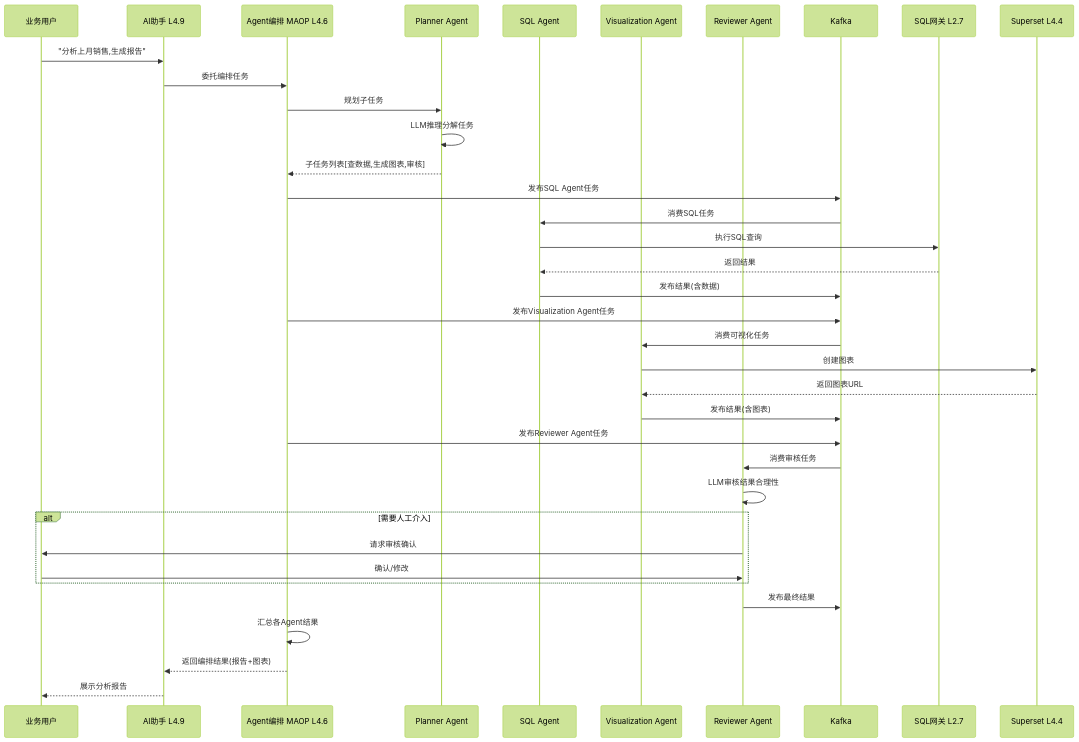
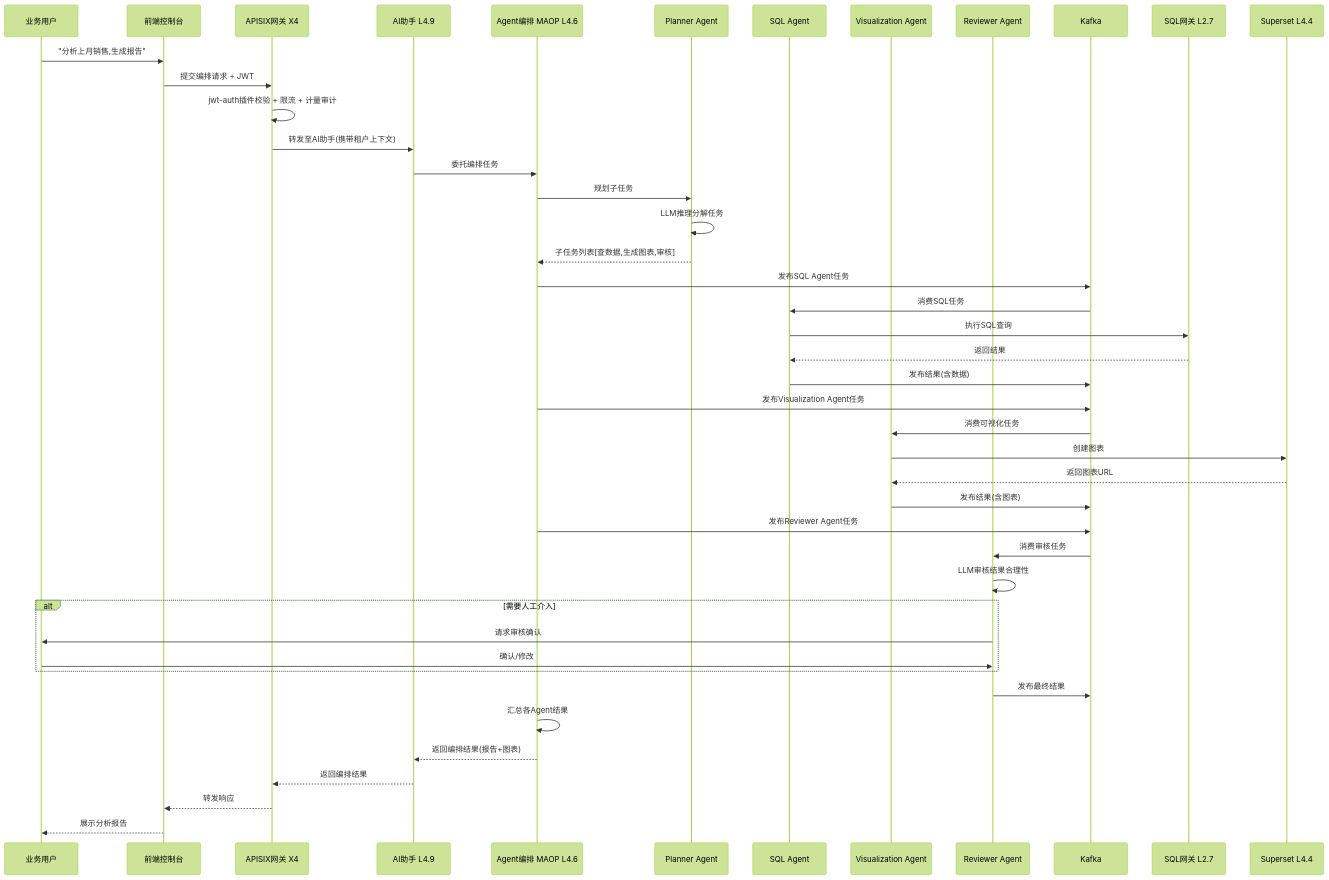
One commit to Levango7/DataEngineBDP changed the sixth of 9 diagrams in design/v2.0/V2.0_架构设计文档.md. Above: the diagram before and after it, drawn with Mermaid (forest theme). The commit also changed other lines of this file and 6 other files, not shown here.

````diff
--- a/design/v2.0/V2.0_架构设计文档.md
+++ b/design/v2.0/V2.0_架构设计文档.md
@@ -822,40 +883,47 @@
 ```mermaid
 sequenceDiagram
     participant U as 业务用户
+    participant F as 前端控制台
+    participant G as APISIX网关 X4
     participant AS as AI助手 L4.9
     participant MA as Agent编排 MAOP L4.6
     participant P as Planner Agent
     participant S as SQL Agent
     participant V as Visualization Agent
     participant R as Reviewer Agent
     participant K as Kafka
     participant SG as SQL网关 L2.7
     participant SP as Superset L4.4
 
-    U->>AS: "分析上月销售,生成报告"
+    U->>F: "分析上月销售,生成报告"
+    F->>G: 提交编排请求 + JWT
+    G->>G: jwt-auth插件校验 + 限流 + 计量审计
+    G->>AS: 转发至AI助手(携带租户上下文)
     AS->>MA: 委托编排任务
     MA->>P: 规划子任务
     P->>P: LLM推理分解任务
     P-->>MA: 子任务列表[查数据,生成图表,审核]
     MA->>K: 发布SQL Agent任务
     K->>S: 消费SQL任务
     S->>SG: 执行SQL查询
     SG-->>S: 返回结果
     S->>K: 发布结果(含数据)
     MA->>K: 发布Visualization Agent任务
     K->>V: 消费可视化任务
     V->>SP: 创建图表
     SP-->>V: 返回图表URL
     V->>K: 发布结果(含图表)
     MA->>K: 发布Reviewer Agent任务
     K->>R: 消费审核任务
     R->>R: LLM审核结果合理性
     alt 需要人工介入
         R->>U: 请求审核确认
         U->>R: 确认/修改
     end
     R->>K: 发布最终结果
     MA->>MA: 汇总各Agent结果
     MA-->>AS: 返回编排结果(报告+图表)
-    AS-->>U: 展示分析报告
+    AS-->>G: 返回编排结果
+    G-->>F: 转发响应
+    F-->>U: 展示分析报告
 ```
````
